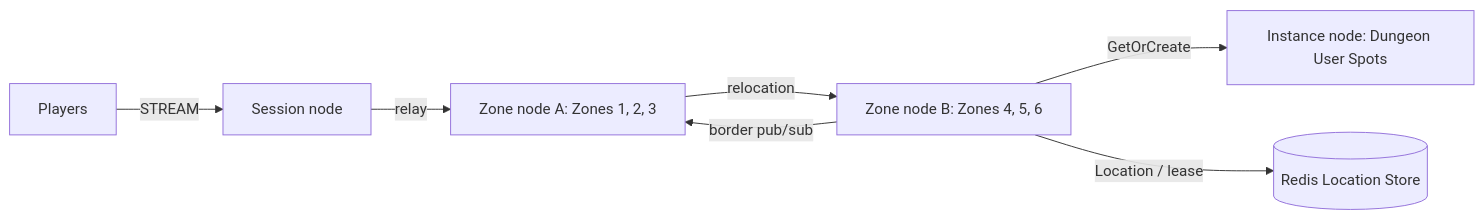
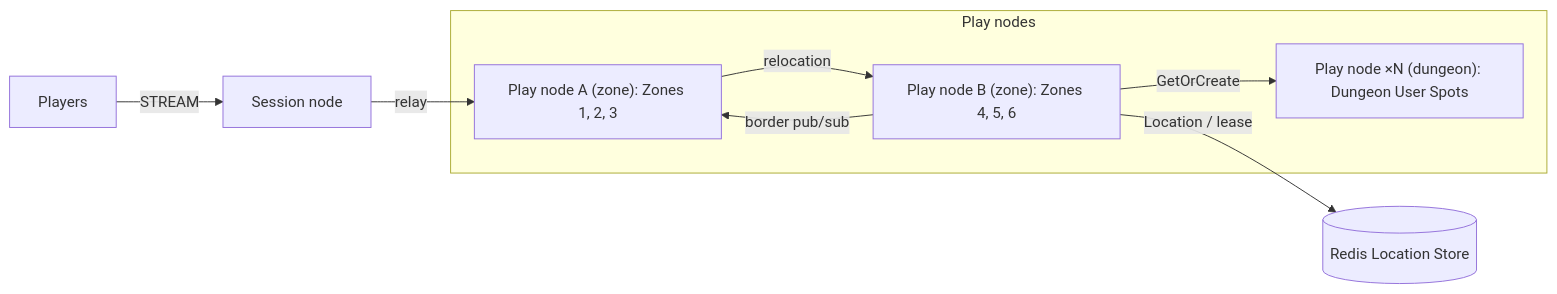
The diagram in framework/languages/dotnet/templates/mmo-seamless/my-game/README.md (zlink-systems/zlink), drawn with Mermaid before and after one commit. The commit also changed other lines of this file and 223 other files, not shown here.

First line of the commit message:
docs(templates): 모든 템플릿의 노드 이름을 Session node · Play node · API node로 (#5350)

````diff
--- a/framework/languages/dotnet/templates/mmo-seamless/my-game/README.md
+++ b/framework/languages/dotnet/templates/mmo-seamless/my-game/README.md
@@ -5,9 +5,14 @@
 ```mermaid
 flowchart LR
-    players[Players] -->|STREAM| session[Session node]
-    session -->|relay| zoneA[Zone node A: Zones 1, 2, 3]
-    zoneA -->|relocation| zoneB[Zone node B: Zones 4, 5, 6]
+    subgraph playNodes["Play nodes"]
+      zoneA["Play node A (zone): Zones 1, 2, 3"]
+      zoneB["Play node B (zone): Zones 4, 5, 6"]
+      instance["Play node ×N (dungeon): Dungeon User Spots"]
+    end
+    players[Players] -->|STREAM| session["Session node"]
+    session -->|relay| zoneA
+    zoneA -->|relocation| zoneB
     zoneB -->|border pub/sub| zoneA
-    zoneB -->|GetOrCreate| instance[Instance node: Dungeon User Spots]
+    zoneB -->|GetOrCreate| instance
     zoneB -->|Location / lease| location[(Redis Location Store)]
 ```
````
